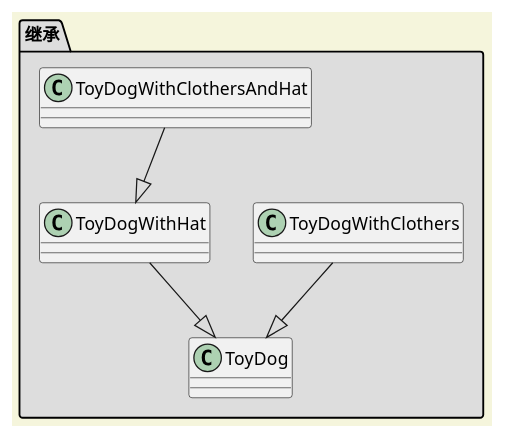
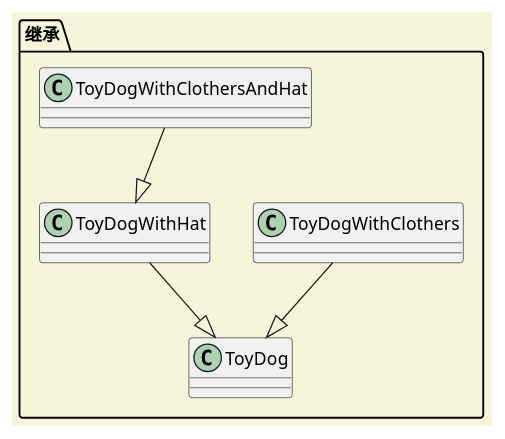
Before and after one commit to JianXiLin/MyNote: the second of 2 diagrams in Java/DesignPattern/4.2、Decorator修饰器.md, drawn with PlantUML. The commit also changed 141 other files, not shown here.

````diff
--- a/Java/DesignPattern/4.2、Decorator修饰器.md
+++ b/Java/DesignPattern/4.2、Decorator修饰器.md
@@ -49,13 +49,13 @@
 ```puml
     skinparam backgroundColor Beige
-    namespace 继承 #DDDDDD {
+    namespace 继承 [[DDDDDD]] {
         class ToyDog
         class ToyDogWithClothers
         class ToyDogWithHat
         class ToyDogWithClothersAndHat
         ToyDogWithClothers --|> ToyDog
         ToyDogWithHat --|>ToyDog
         ToyDogWithClothersAndHat --|> ToyDogWithHat
     }
 
 ```
````
